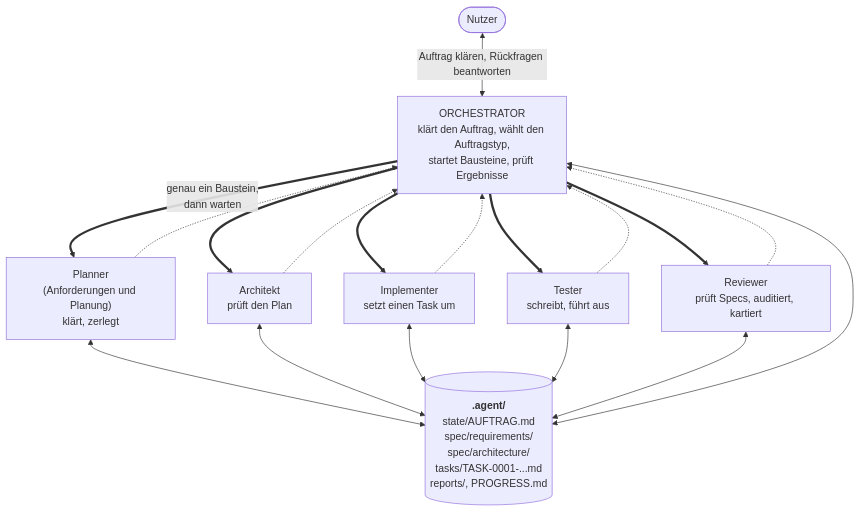
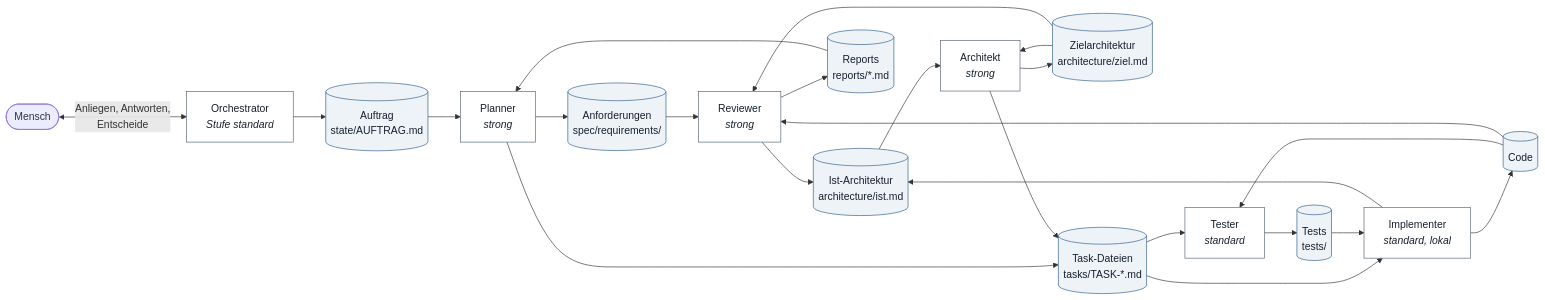
One commit to zzzk/agent-workflow changed the fourth of 7 diagrams in AGENT_WORKFLOW.md. Above: the diagram before and after it, drawn with Mermaid. The commit also changed other lines of this file and 8 other files, not shown here.

````diff
--- a/AGENT_WORKFLOW.md
+++ b/AGENT_WORKFLOW.md
@@ -56,19 +267,47 @@
 ```mermaid
-flowchart TB
-    U(["Nutzer"])
-    O["ORCHESTRATOR<br/>klärt den Auftrag, wählt den Auftragstyp,<br/>startet Bausteine, prüft Ergebnisse"]
-    U <-->|"Auftrag klären, Rückfragen beantworten"| O
+flowchart LR
+    N(["Mensch"])
+    O["Orchestrator<br/><i>Stufe standard</i>"]
+    P["Planner<br/><i>strong</i>"]
+    A["Architekt<br/><i>strong</i>"]
+    T["Tester<br/><i>standard</i>"]
+    I["Implementer<br/><i>standard, lokal</i>"]
+    R["Reviewer<br/><i>strong</i>"]
 
-    O ==>|"genau ein Baustein,<br/>dann warten"| P["Planner<br/>(Anforderungen und Planung)<br/>klärt, zerlegt"]
-    O ==> A["Architekt<br/>prüft den Plan"]
-    O ==> I["Implementer<br/>setzt einen Task um"]
-    O ==> T["Tester<br/>schreibt, führt aus"]
-    O ==> R["Reviewer<br/>prüft Specs, auditiert, kartiert"]
+    AU[("Auftrag<br/>state/AUFTRAG.md")]
+    RQ[("Anforderungen<br/>spec/requirements/")]
+    ZI[("Zielarchitektur<br/>architecture/ziel.md")]
+    IS[("Ist-Architektur<br/>architecture/ist.md")]
+    TK[("Task-Dateien<br/>tasks/TASK-*.md")]
+    TT[("Tests<br/>tests/")]
+    CD[("Code")]
+    RP[("Reports<br/>reports/*.md")]
 
-    P & A & I & T & R -.-> O
+    N <-->|"Anliegen, Antworten,<br/>Entscheide"| O
+    O --> AU
+    AU --> P
+    P --> RQ
+    P --> TK
+    A --> ZI
+    ZI --> A
+    IS --> A
+    A --> TK
+    TK --> T
+    T --> TT
+    TK --> I
+    TT --> I
+    I --> CD
+    I --> IS
+    CD --> T
+    RQ --> R
+    ZI --> R
+    CD --> R
+    R --> IS
+    R --> RP
+    RP --> P
 
-    F[("<b>.agent/</b><br/>state/AUFTRAG.md<br/>spec/requirements/<br/>spec/architecture/<br/>tasks/TASK-0001-...md<br/>reports/, PROGRESS.md")]
-
-    P & A & I & T & R <--> F
-    O <--> F
+    classDef artefakt fill:#eef3f8,stroke:#2f5d8a,color:#16202c
+    classDef rolle fill:#ffffff,stroke:#556273,color:#16202c
+    class AU,RQ,ZI,IS,TK,TT,CD,RP artefakt
+    class O,P,A,T,I,R rolle
 ```
````
